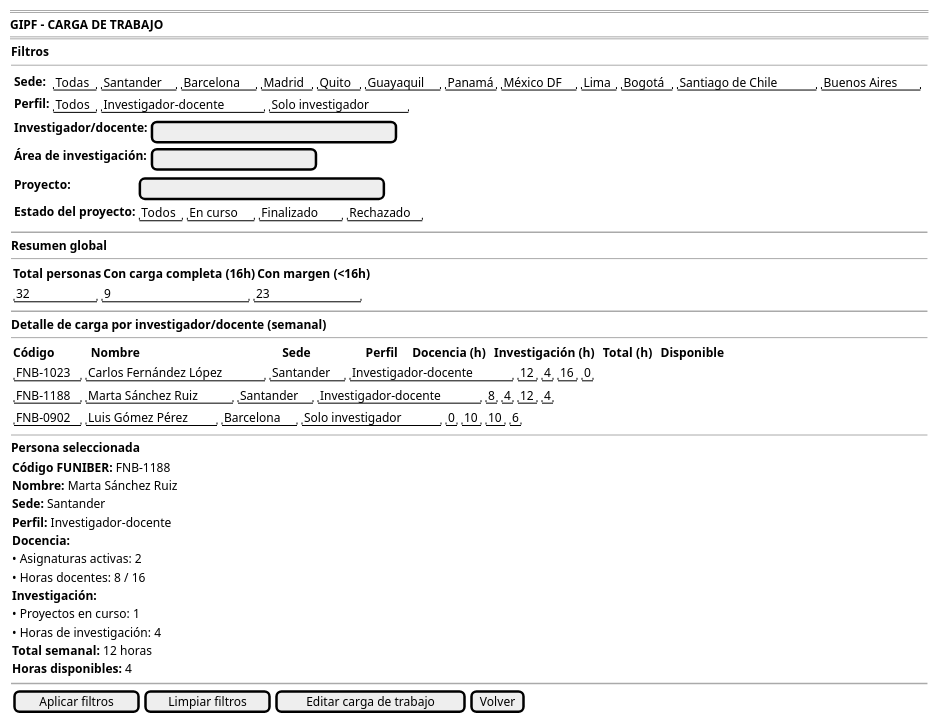
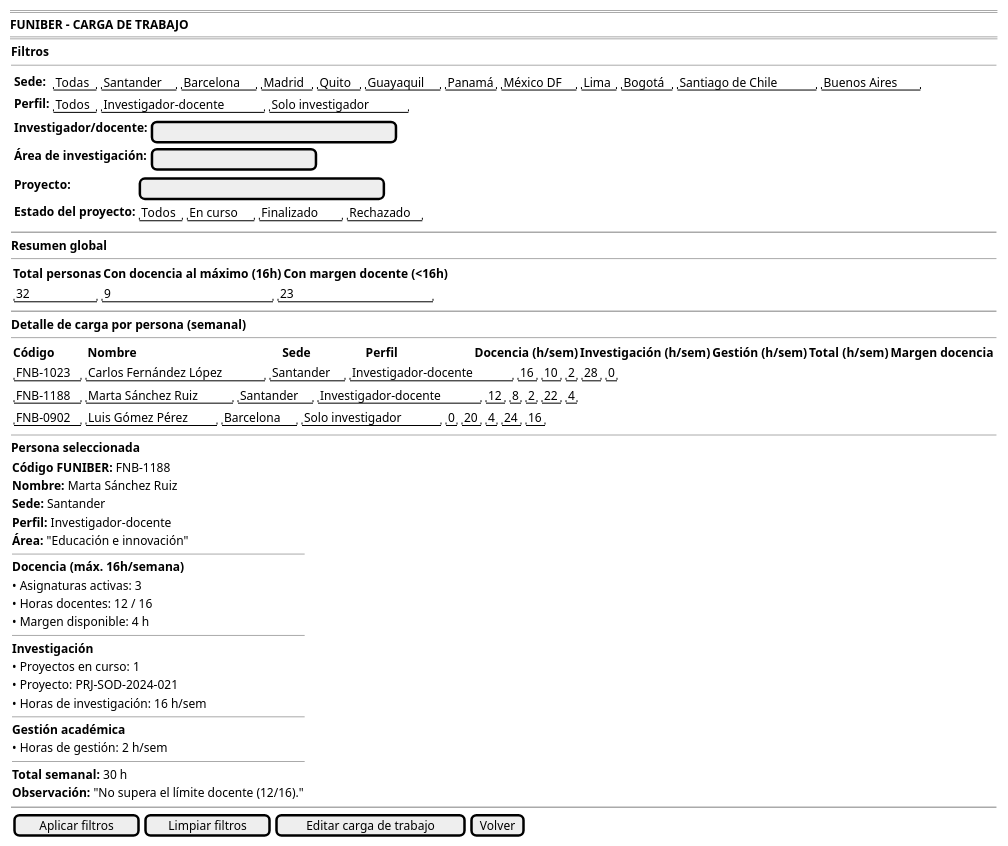
One commit to 31Diego/25-26-IdSw1-SdR changed the diagram in documents/casosDeUso/detalle/coordinador/06-carga-trabajo/abrirOpcionesCargaTrabajo/prototipo/prototipo.puml. Above: the diagram before and after it, drawn with PlantUML. The commit also changed 22 other files, not shown here.

```diff
--- a/documents/casosDeUso/detalle/coordinador/06-carga-trabajo/abrirOpcionesCargaTrabajo/prototipo/prototipo.puml
+++ b/documents/casosDeUso/detalle/coordinador/06-carga-trabajo/abrirOpcionesCargaTrabajo/prototipo/prototipo.puml
@@ -1,68 +1,79 @@
 @startsalt abrirOpcionesCargaTrabajo-wireframe
 {
     ====
-    <b>GIPF - CARGA DE TRABAJO
+    <b>FUNIBER - CARGA DE TRABAJO</b>
     ====
+
     {
         <b>Filtros</b>
         --
         {
             {
             {<b>Sede:</b> | { "Todas" | "Santander" | "Barcelona" | "Madrid" | "Quito" | "Guayaquil" | "Panamá" | "México DF" | "Lima" | "Bogotá" | "Santiago de Chile" | "Buenos Aires"  }
             <b>Perfil:</b> | { "Todos" | "Investigador-docente" | "Solo investigador" }}
 
             {<b>Investigador/docente:</b> | [                              ]
             <b>Área de investigación:</b> | [                    ]}
 
             {<b>Proyecto:</b> | [                              ]
             <b>Estado del proyecto:</b> | { "Todos" | "En curso" | "Finalizado" | "Rechazado" }}
             }
         }
 
         ~~
 
         <b>Resumen global</b>
         --
         {
-            {<b>Total personas</b> | <b>Con carga completa (16h)</b> | <b>Con margen (<16h)</b>}
-            {"     32   " | "          9       " | "          23 "}
+            {<b>Total personas</b> | <b>Con docencia al máximo (16h)</b> | <b>Con margen docente (<16h)</b>}
+            {"32        " | "9                    " | "23                 "}
         }
 
         ~~
 
-        <b>Detalle de carga por investigador/docente (semanal)</b>
+        <b>Detalle de carga por persona (semanal)</b>
         --
         {
-            {<b>Código           </b> | <b>Nombre                                             </b> | <b>Sede                 </b> | <b>Perfil    </b> | <b>Docencia (h)  </b> | <b>Investigación (h)  </b> | <b>Total (h)  </b> | <b>Disponible</b>}
-            {"FNB-1023" | "Carlos Fernández López" | "Santander" | "Investigador-docente" | "12" | "4" | "16" | "0"}
-            {"FNB-1188" | "Marta Sánchez Ruiz"     | "Santander" | "Investigador-docente" | "8"  | "4" | "12" | "4"}
-            {"FNB-0902" | "Luis Gómez Pérez"       | "Barcelona" | "Solo investigador"     | "0"  | "10" | "10" | "6"}
+            {<b>Código          </b> | <b>Nombre                                              </b> | <b>Sede                 </b> | <b>Perfil                        </b> | <b>Docencia (h/sem)</b> | <b>Investigación (h/sem)</b> | <b>Gestión (h/sem)</b> | <b>Total (h/sem)</b> | <b>Margen docencia</b>}
+            {"FNB-1023" | "Carlos Fernández López" | "Santander" | "Investigador-docente" | "16" | "10" | "2" | "28" | "0"}
+            {"FNB-1188" | "Marta Sánchez Ruiz"     | "Santander" | "Investigador-docente" | "12" | "8"  | "2" | "22" | "4"}
+            {"FNB-0902" | "Luis Gómez Pérez"       | "Barcelona" | "Solo investigador"     | "0"  | "20" | "4" | "24" | "16"}
         }
 
         --
 
         <b>Persona seleccionada</b>
         {
             <b>Código FUNIBER:</b> FNB-1188
             <b>Nombre:</b> Marta Sánchez Ruiz
             <b>Sede:</b> Santander
             <b>Perfil:</b> Investigador-docente
+            <b>Área:</b> "Educación e innovación"
 
-            <b>Docencia:</b>
-            • Asignaturas activas: 2
-            • Horas docentes: 8 / 16
+            --
+            <b>Docencia (máx. 16h/semana)</b>
+            • Asignaturas activas: 3
+            • Horas docentes: 12 / 16
+            • Margen disponible: 4 h
 
-            <b>Investigación:</b>
+            --
+            <b>Investigación</b>
             • Proyectos en curso: 1
-            • Horas de investigación: 4
+            • Proyecto: PRJ-SOD-2024-021
+            • Horas de investigación: 16 h/sem
 
-            <b>Total semanal:</b> 12 horas
-            <b>Horas disponibles:</b> 4
+            --
+            <b>Gestión académica</b>
+            • Horas de gestión: 2 h/sem
+
+            --
+            <b>Total semanal:</b> 30 h
+            <b>Observación:</b> "No supera el límite docente (12/16)."
         }
 
         ~~
 
         {[Aplicar filtros] | [Limpiar filtros] | [Editar carga de trabajo] | [Volver]}
     }
 }
 @endsalt
```
